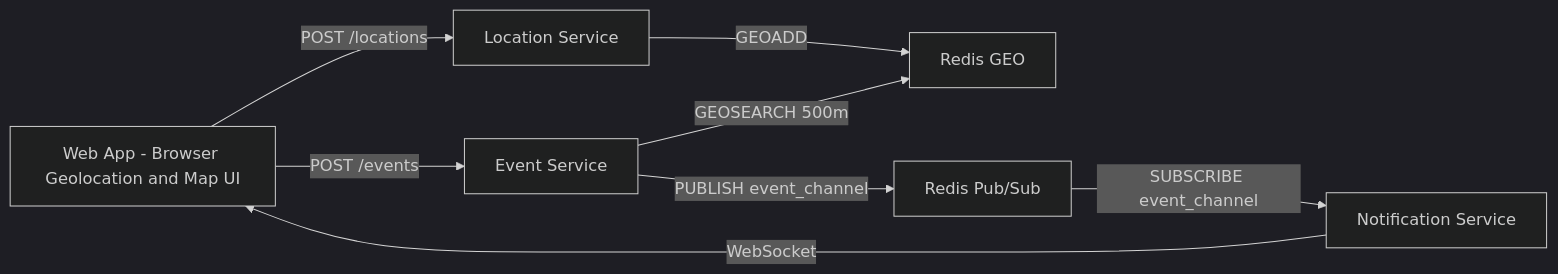
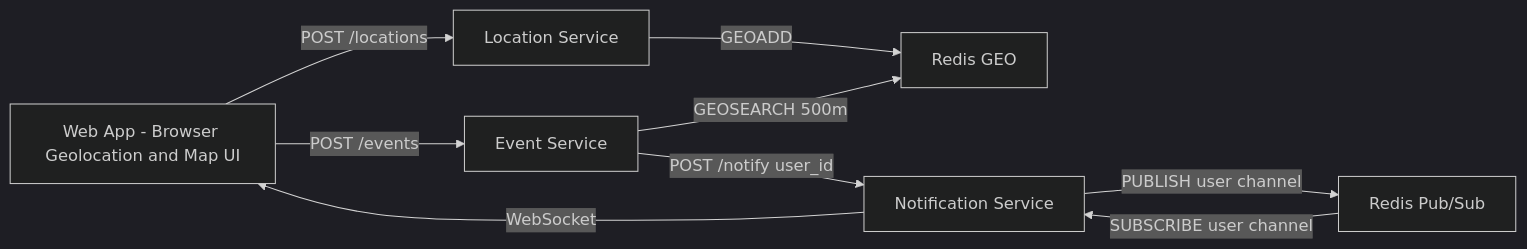
The diagram in system.md (PattyShih/realtime_map_notice), drawn with Mermaid (dark theme) before and after one commit. The commit also changed other lines of this file and 106 other files, not shown here.

````diff
--- a/system.md
+++ b/system.md
@@ -19,10 +19,11 @@
 ```mermaid
 flowchart LR
     App["Web App - Browser Geolocation and Map UI"] -->|"POST /locations"| Location["Location Service"]
     Location -->|"GEOADD"| RedisGeo["Redis GEO"]
     App -->|"POST /events"| Event["Event Service"]
     Event -->|"GEOSEARCH 500m"| RedisGeo
-    Event -->|"PUBLISH event_channel"| RedisPubSub["Redis Pub/Sub"]
-    RedisPubSub -->|"SUBSCRIBE event_channel"| Notify["Notification Service"]
+    Event -->|"POST /notify user_id"| Notify["Notification Service"]
+    Notify -->|"PUBLISH user channel"| RedisPubSub["Redis Pub/Sub"]
+    RedisPubSub -->|"SUBSCRIBE user channel"| Notify
     Notify -->|"WebSocket"| App
 ```
````
